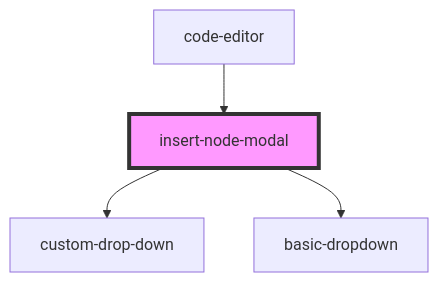
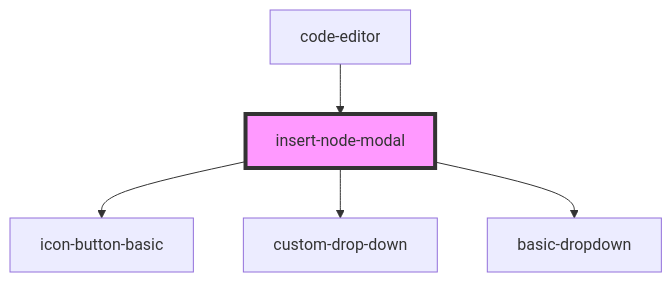
The diagram in src/components/editorPage/insert-node-modal/readme.md (techvariable/NeptuneConnectComponents), drawn with Mermaid before and after one commit. The commit also changed other lines of this file and 22 other files, not shown here.

````diff
--- a/src/components/editorPage/insert-node-modal/readme.md
+++ b/src/components/editorPage/insert-node-modal/readme.md
@@ -27,7 +28,8 @@
 ```mermaid
 graph TD;
+  insert-node-modal --> icon-button-basic
   insert-node-modal --> custom-drop-down
   insert-node-modal --> basic-dropdown
   code-editor --> insert-node-modal
   style insert-node-modal fill:#f9f,stroke:#333,stroke-width:4px
 ```
````
